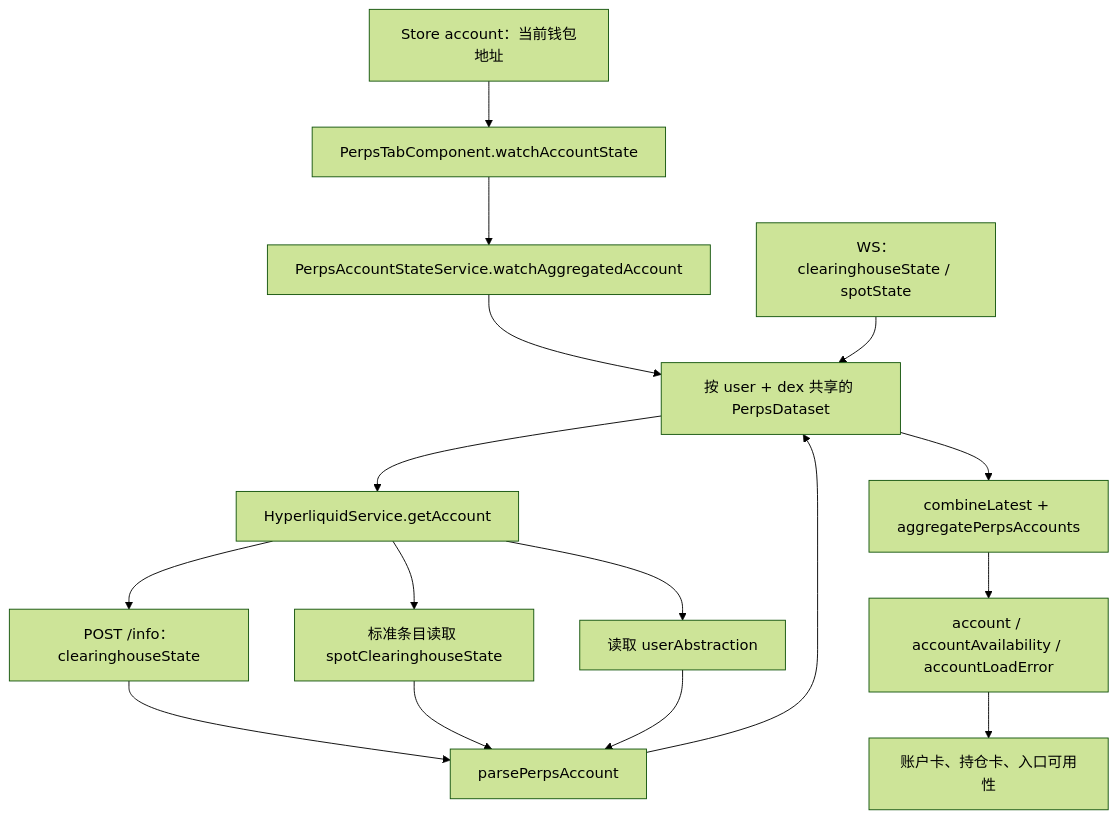
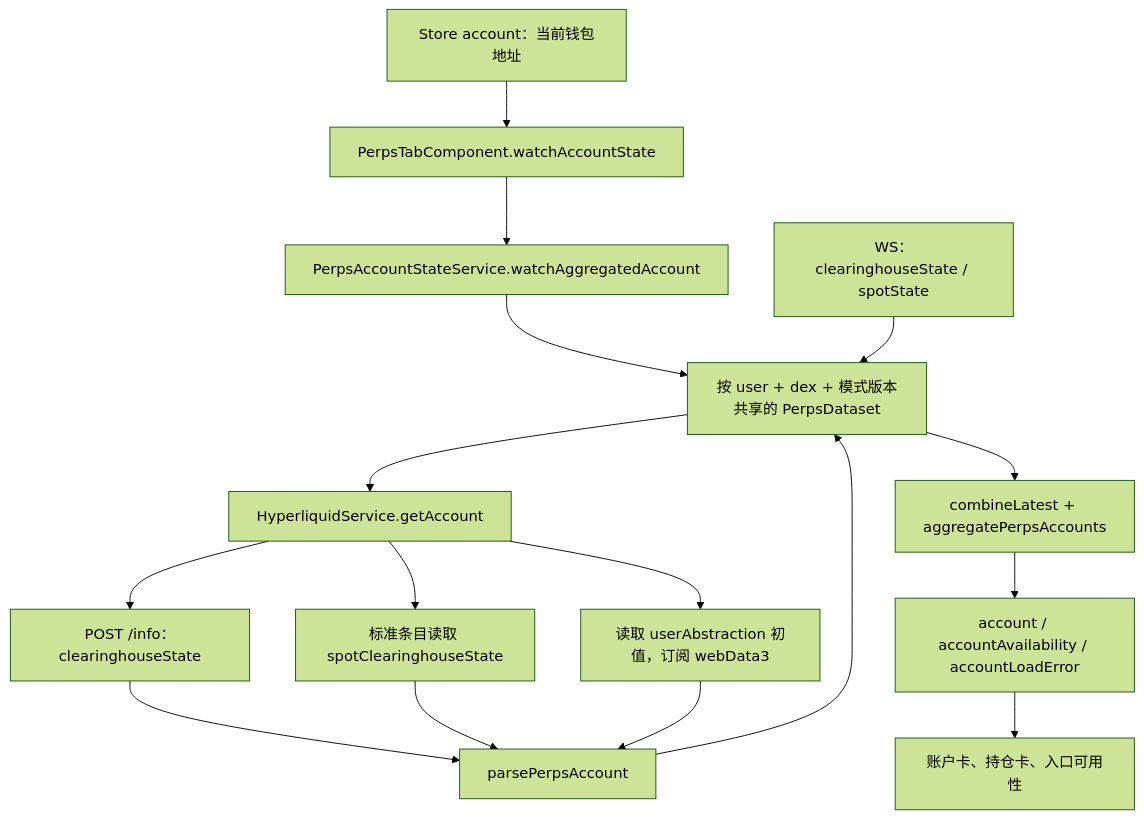
One commit to NeoNEXT/neoline changed the diagram in src/app/popup/perps/perps-tab/README.md. Above: the diagram before and after it, drawn with Mermaid (forest theme). The commit also changed other lines of this file and 14 other files, not shown here.

````diff
--- a/src/app/popup/perps/perps-tab/README.md
+++ b/src/app/popup/perps/perps-tab/README.md
@@ -43,18 +43,18 @@
 ```mermaid
 flowchart TD
   A[Store account：当前钱包地址] --> B[PerpsTabComponent.watchAccountState]
   B --> C[PerpsAccountStateService.watchAggregatedAccount]
-  C --> D[按 user + dex 共享的 PerpsDataset]
+  C --> D[按 user + dex + 模式版本共享的 PerpsDataset]
   D --> E[HyperliquidService.getAccount]
   E --> F[POST /info：clearinghouseState]
   E --> G[标准条目读取 spotClearinghouseState]
-  E --> H[读取 userAbstraction]
+  E --> H[读取 userAbstraction 初值，订阅 webData3]
   F --> I[parsePerpsAccount]
   G --> I
   H --> I
   J[WS：clearinghouseState / spotState] --> D
   I --> D
   D --> K[combineLatest + aggregatePerpsAccounts]
   K --> L[account / accountAvailability / accountLoadError]
   L --> M[账户卡、持仓卡、入口可用性]
 ```
````
